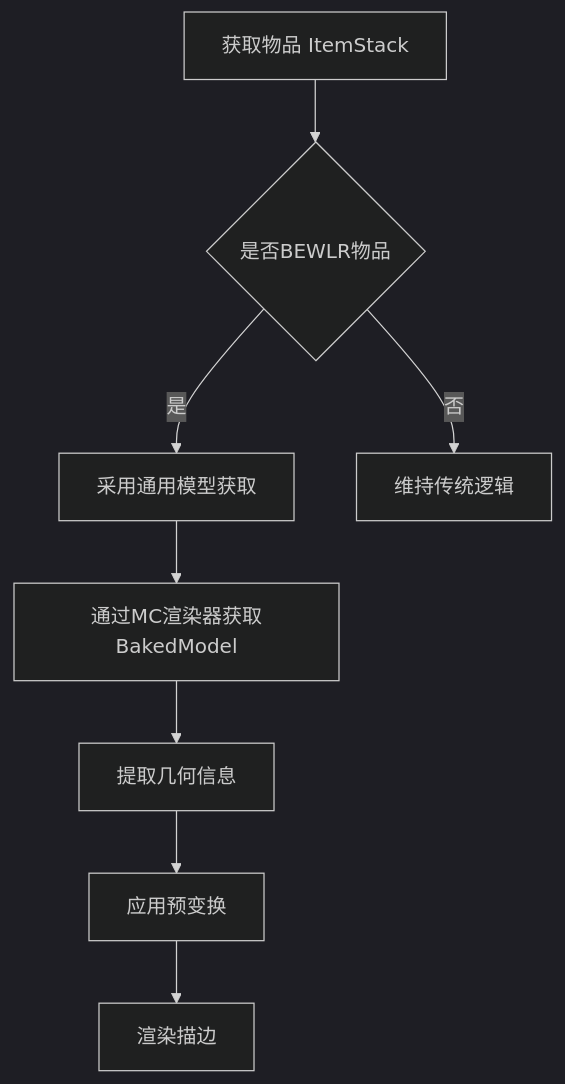
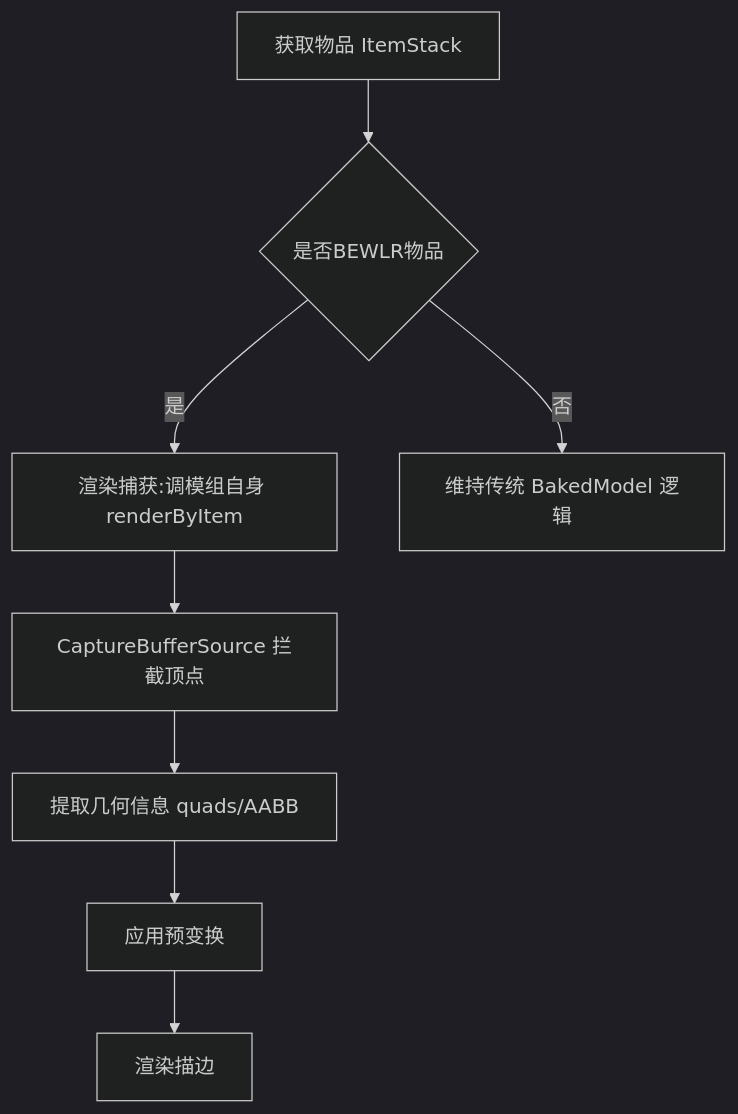
The first of 2 diagrams in UNIVERSAL_MODEL_ADAPTER_PLAN.md (LOVE-U987/Enchanted-Outlines), drawn with Mermaid (dark theme) before and after one commit. The commit also changed other lines of this file and 28 other files, not shown here.

````diff
--- a/UNIVERSAL_MODEL_ADAPTER_PLAN.md
+++ b/UNIVERSAL_MODEL_ADAPTER_PLAN.md
@@ -25,10 +43,10 @@
 ```mermaid
 graph TD
     A[获取物品 ItemStack] --> B{是否BEWLR物品}
-    B -- 是 --> C[采用通用模型获取]
-    B -- 否 --> D[维持传统逻辑]
-    C --> E[通过MC渲染器获取BakedModel]
-    E --> F[提取几何信息]
+    B -- 是 --> C[渲染捕获:调模组自身 renderByItem]
+    B -- 否 --> D[维持传统 BakedModel 逻辑]
+    C --> E[CaptureBufferSource 拦截顶点]
+    E --> F[提取几何信息 quads/AABB]
     F --> G[应用预变换]
     G --> H[渲染描边]
 ```
````
